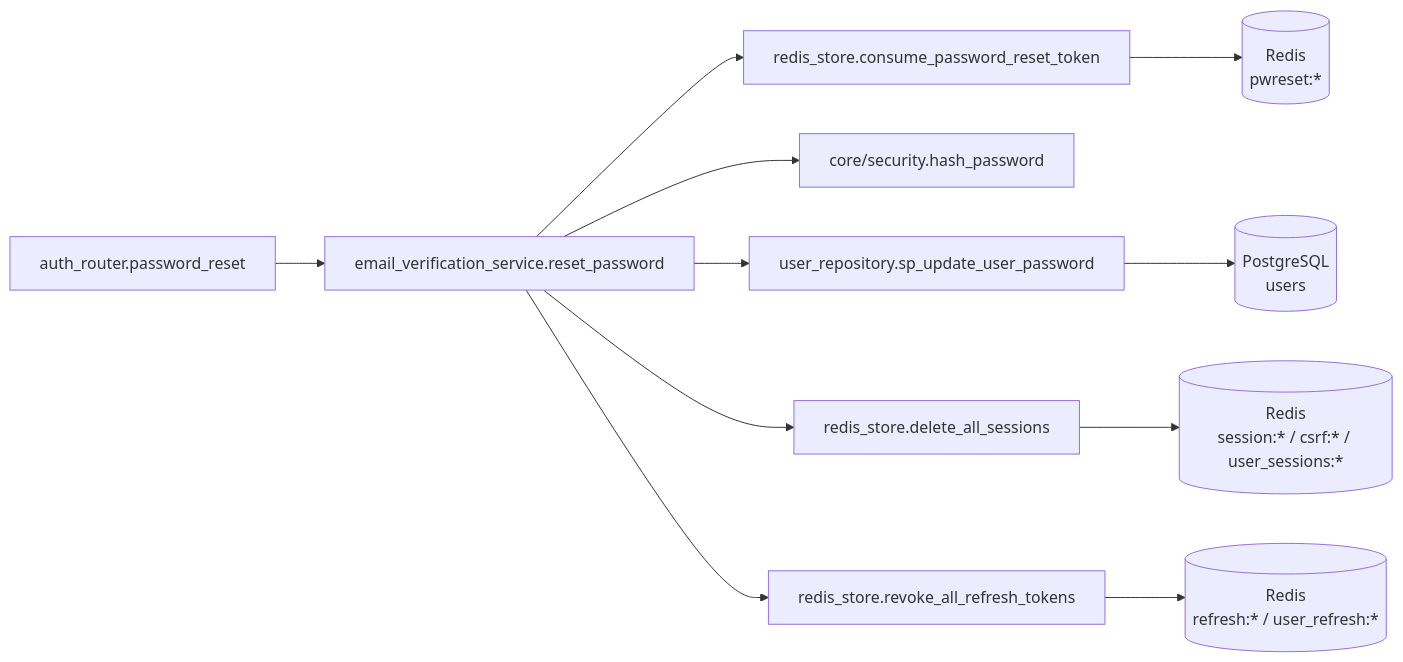
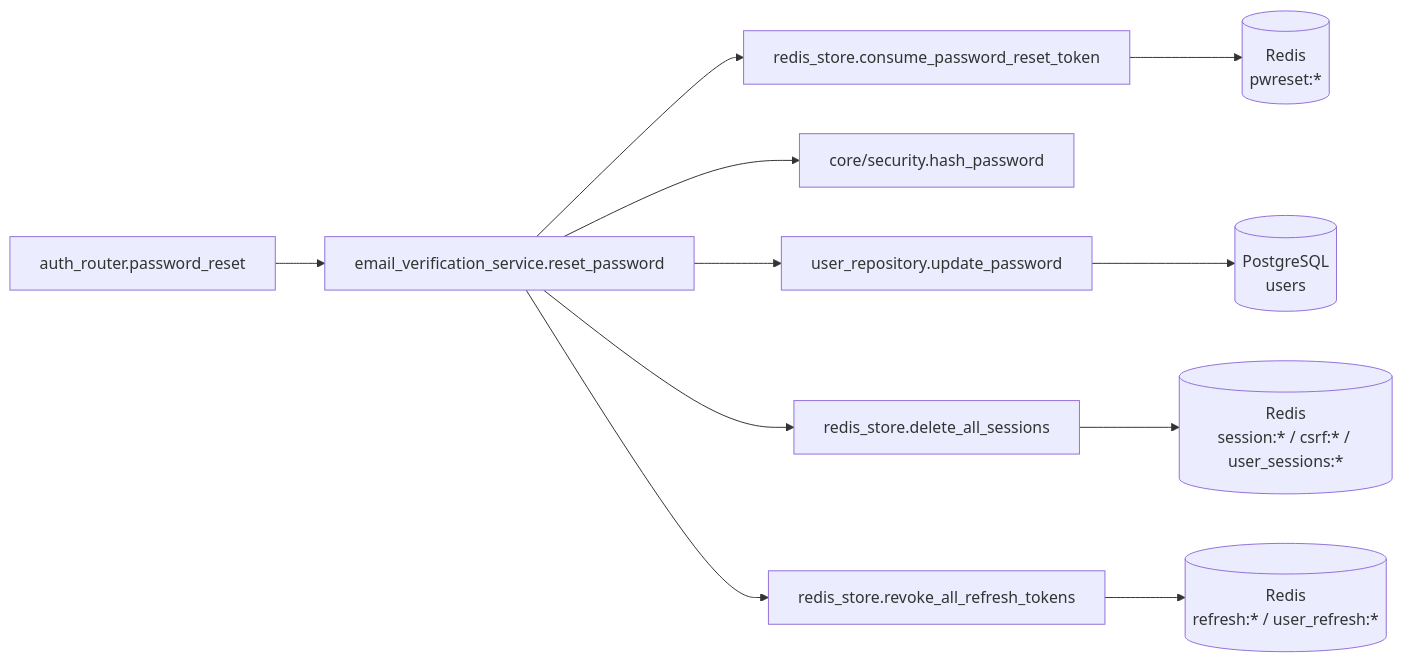
One commit to oikawa-d/task_management changed the third of 4 diagrams in docs/detailed_design/api/auth/10_post_auth_password_reset.md. Above: the diagram before and after it, drawn with Mermaid. The commit also changed other lines of this file and 6 other files, not shown here.

````diff
--- a/docs/detailed_design/api/auth/10_post_auth_password_reset.md
+++ b/docs/detailed_design/api/auth/10_post_auth_password_reset.md
@@ -222,13 +221,13 @@
 ```mermaid
 flowchart LR
     R["auth_router.password_reset"] --> S["email_verification_service.reset_password"]
     S --> RD1["redis_store.consume_password_reset_token"]
     S --> SEC["core/security.hash_password"]
-    S --> UR["user_repository.sp_update_user_password"]
+    S --> UR["user_repository.update_password"]
     S --> RD2["redis_store.delete_all_sessions"]
     S --> RD3["redis_store.revoke_all_refresh_tokens"]
     RD1 --> REDIS1[("Redis<br/>pwreset:*")]
     UR --> PG[("PostgreSQL<br/>users")]
     RD2 --> REDIS2[("Redis<br/>session:* / csrf:* / user_sessions:*")]
     RD3 --> REDIS3[("Redis<br/>refresh:* / user_refresh:*")]
 ```
````
